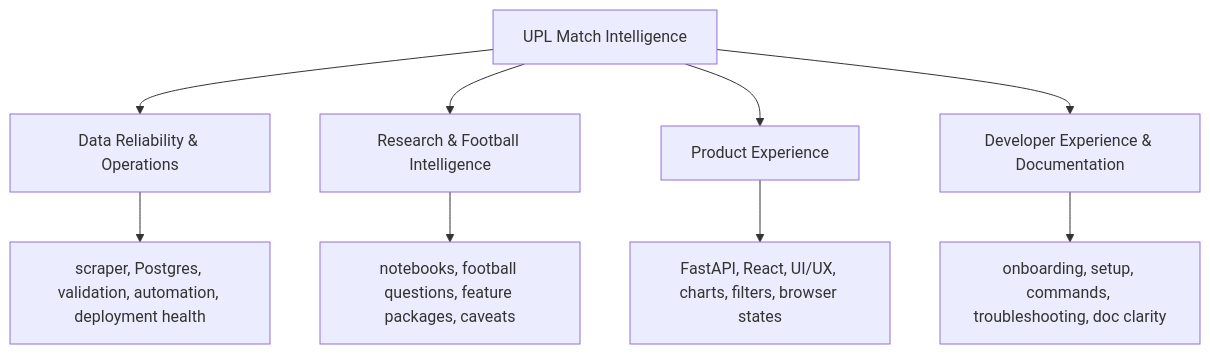
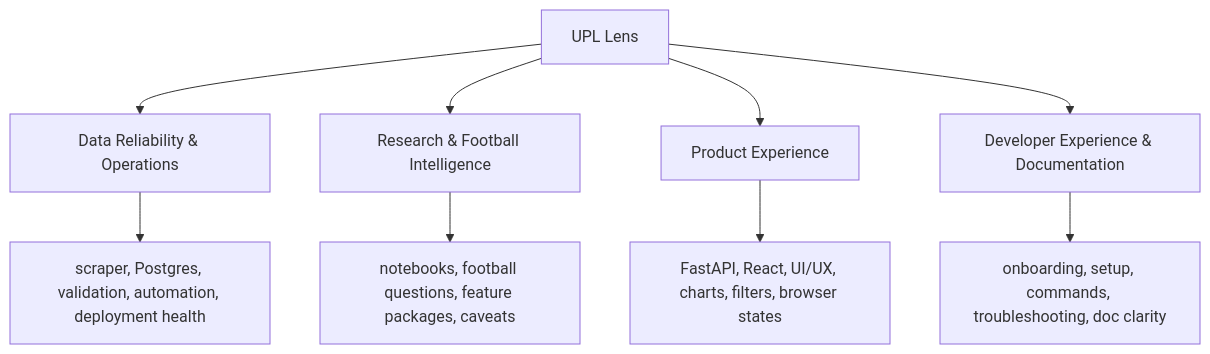
Before and after one commit to humphrey-nyanzi/upl-lens: the diagram in docs/START_HERE.md, drawn with Mermaid. The commit also changed other lines of this file and 43 other files, not shown here.

````diff
--- a/docs/START_HERE.md
+++ b/docs/START_HERE.md
@@ -39,12 +46,12 @@
 ```mermaid
 flowchart TD
-    A["UPL Match Intelligence"] --> B["Data Reliability & Operations"]
+    A["UPL Lens"] --> B["Data Reliability & Operations"]
     A --> C["Research & Football Intelligence"]
     A --> D["Product Experience"]
     A --> E["Developer Experience & Documentation"]
 
     B --> B1["scraper, Postgres, validation, automation, deployment health"]
     C --> C1["notebooks, football questions, feature packages, caveats"]
     D --> D1["FastAPI, React, UI/UX, charts, filters, browser states"]
     E --> E1["onboarding, setup, commands, troubleshooting, doc clarity"]
 ```
````
